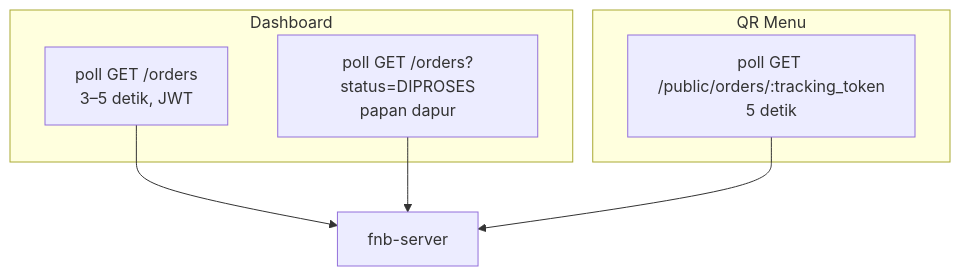
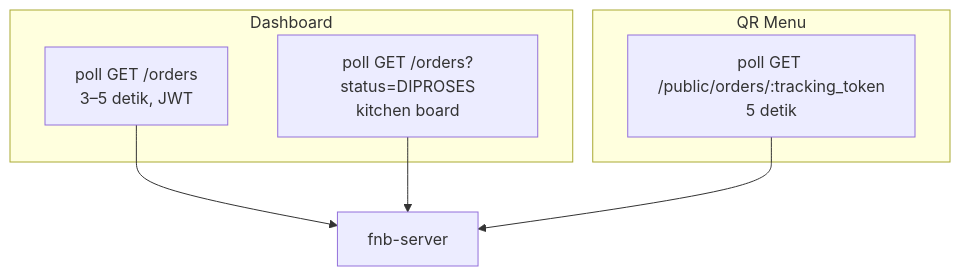
One commit to darmawandoni6/fnb-app changed the fifth of 6 diagrams in docs/flow.md. Above: the diagram before and after it, drawn with Mermaid. The commit also changed other lines of this file and 100 other files, not shown here.

````diff
--- a/docs/flow.md
+++ b/docs/flow.md
@@ -141,15 +141,15 @@
 ```mermaid
 graph TD
     subgraph Dashboard
         P1[poll GET /orders<br/>3–5 detik, JWT]
-        P2[poll GET /orders?status=DIPROSES<br/>papan dapur]
+        P2[poll GET /orders?status=DIPROSES<br/>kitchen board]
     end
     subgraph QR Menu
         P3[poll GET /public/orders/:tracking_token<br/>5 detik]
     end
     API[fnb-server]
 
     P1 --> API
     P2 --> API
     P3 --> API
 ```
````
